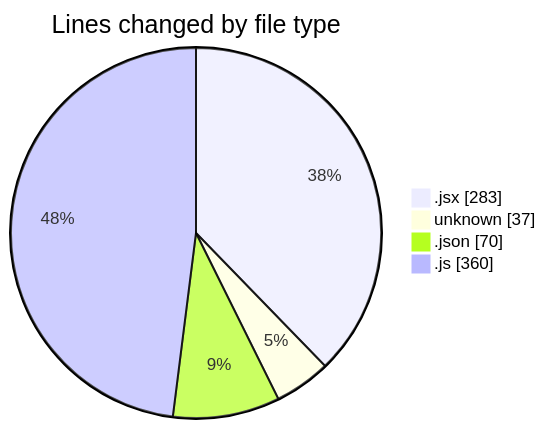
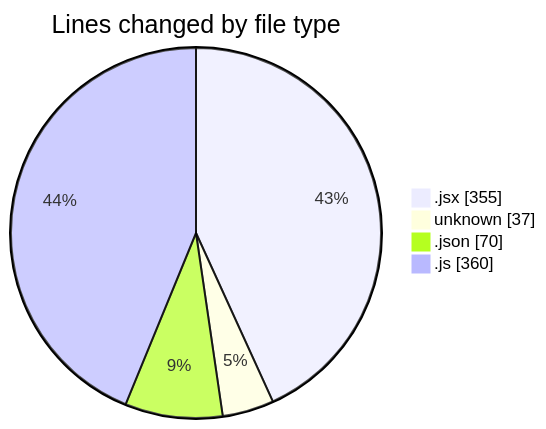
One commit to Elitesun/code-tracking changed the first of 2 diagrams in 2025-02-08/react_ecom/README.md. Above: the diagram before and after it, drawn with Mermaid. The commit also changed other lines of this file and 1 other file, not shown here.

````diff
--- a/2025-02-08/react_ecom/README.md
+++ b/2025-02-08/react_ecom/README.md
@@ -24,8 +24,8 @@
 ```mermaid
 pie showData
 title Lines changed by file type
-".jsx" : 283
+".jsx" : 355
 "unknown" : 37
 ".json" : 70
 ".js" : 360
 ```
````
